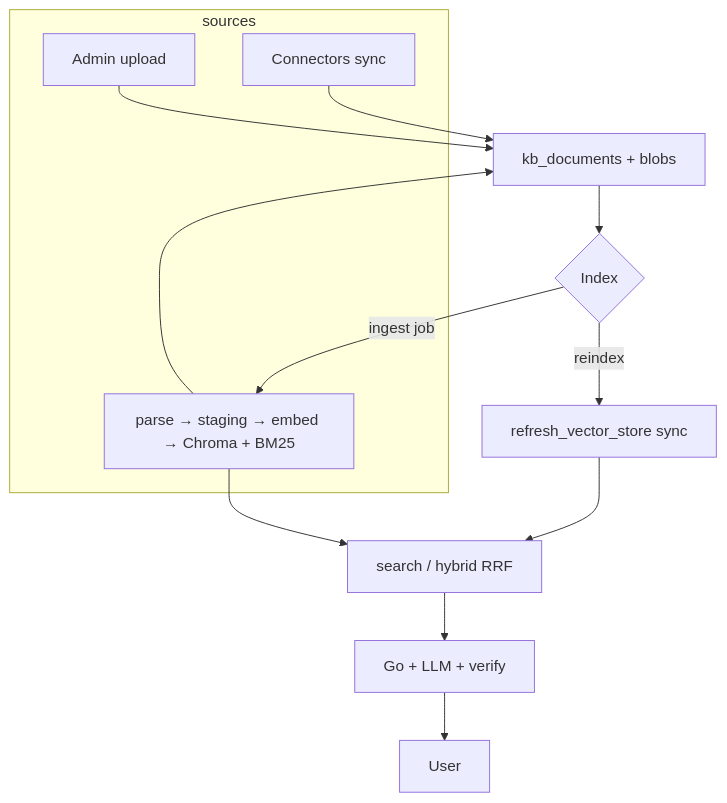
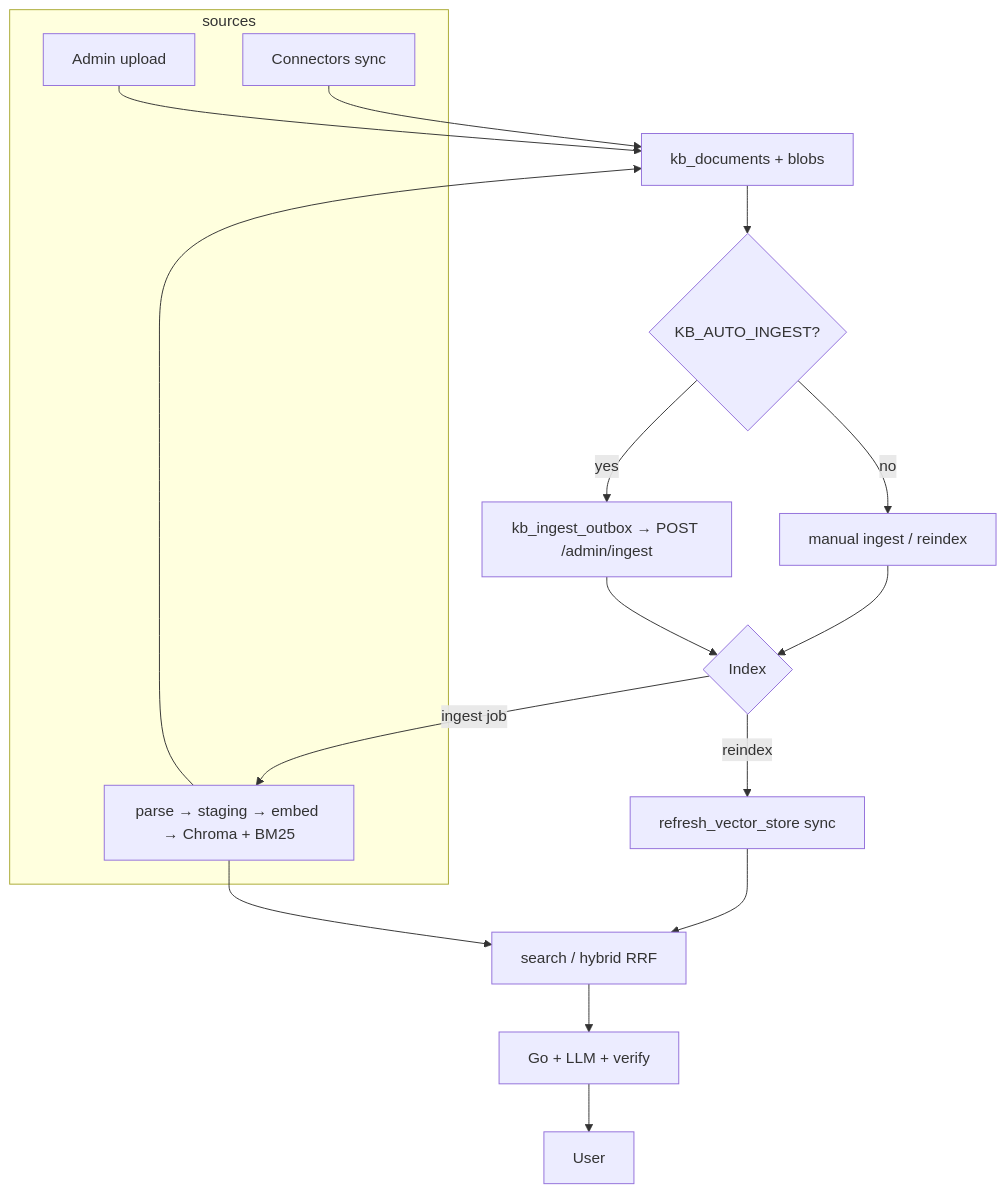
One commit to kantik001/grounded-llm changed the diagram in docs/en/knowledge-base/data-pipeline.md. Above: the diagram before and after it, drawn with Mermaid. The commit also changed other lines of this file and 21 other files, not shown here.

First line of the commit message:
feat: KB auto-ingest outbox with upload and connector flush (#149)

````diff
--- a/docs/en/knowledge-base/data-pipeline.md
+++ b/docs/en/knowledge-base/data-pipeline.md
@@ -22,18 +22,22 @@
 ```mermaid
 flowchart TB
     subgraph sources
         U[Admin upload]
         C[Connectors sync]
         P[Pack install]
     end
     U --> REG[kb_documents + blobs]
     C --> REG
     P --> REG
-    REG --> I{Index}
+    REG --> O{KB_AUTO_INGEST?}
+    O -->|yes| OB[kb_ingest_outbox → POST /admin/ingest]
+    O -->|no| MAN[manual ingest / reindex]
+    OB --> I{Index}
+    MAN --> I
     I -->|ingest job| P[parse → staging → embed → Chroma + BM25]
     I -->|reindex| R[refresh_vector_store sync]
     P --> S[search / hybrid RRF]
     R --> S
     S --> A[Go + LLM + verify]
     A --> User[User]
 ```
````
